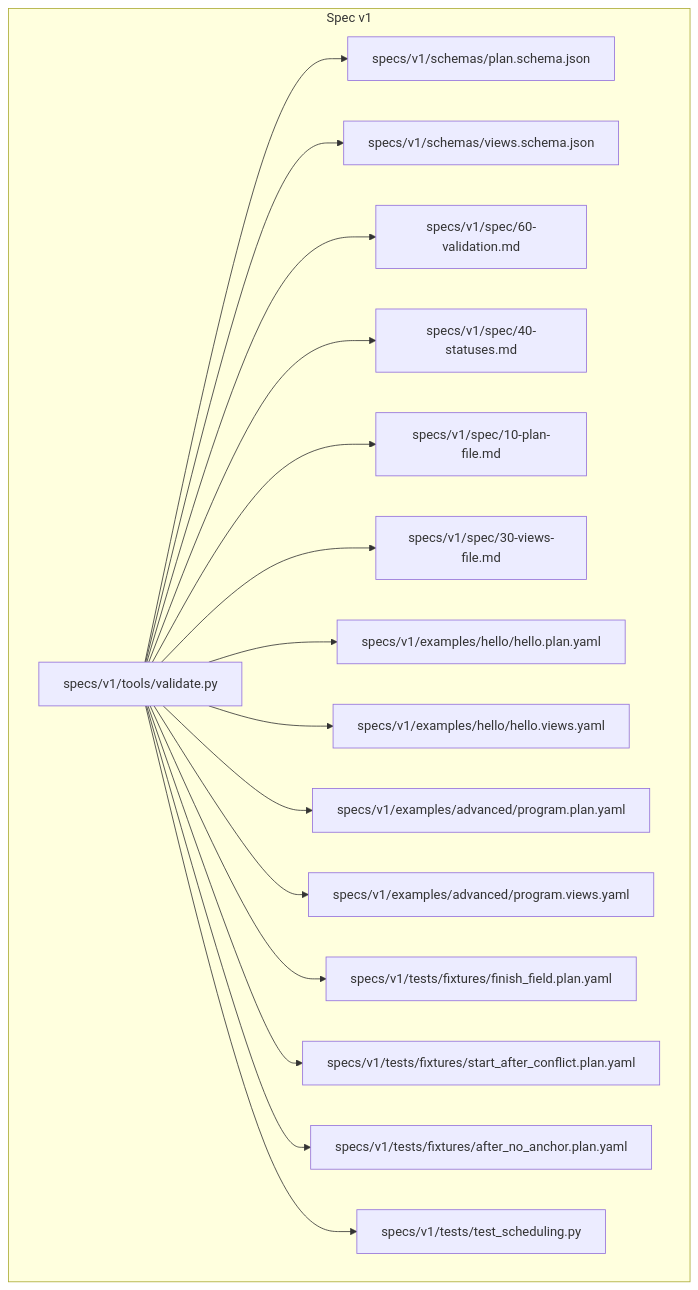
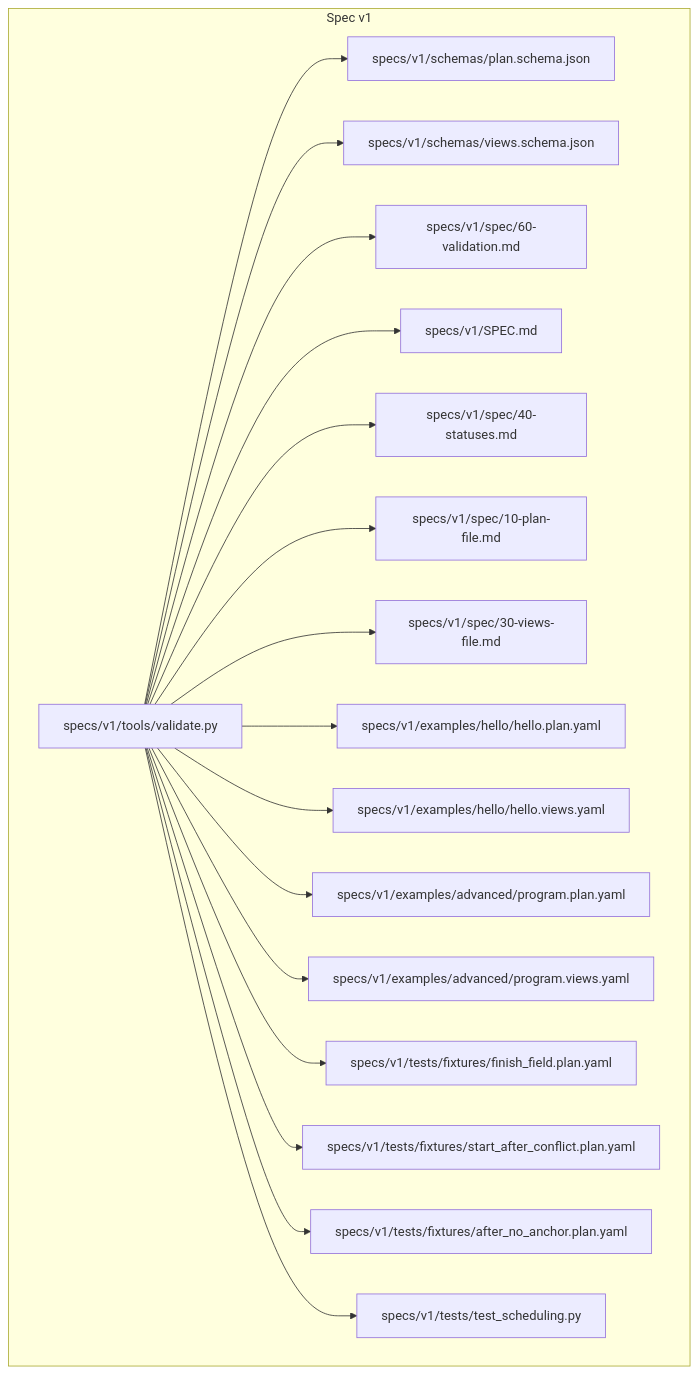
Before and after one commit to asukhodko/opskarta: the first of 3 diagrams in .qoder/repowiki/en/content/Tooling and Utilities/Validation System.md, drawn with Mermaid. The commit also changed other lines of this file and 4 other files, not shown here.

````diff
--- a/.qoder/repowiki/en/content/Tooling and Utilities/Validation System.md
+++ b/.qoder/repowiki/en/content/Tooling and Utilities/Validation System.md
@@ -60,34 +63,36 @@
 ```mermaid
 graph TB
 subgraph "Spec v1"
 V["specs/v1/tools/validate.py"]
 P["specs/v1/schemas/plan.schema.json"]
 W["specs/v1/schemas/views.schema.json"]
 S60["specs/v1/spec/60-validation.md"]
+SPEC["specs/v1/SPEC.md"]
 S40["specs/v1/spec/40-statuses.md"]
 S10["specs/v1/spec/10-plan-file.md"]
 S30["specs/v1/spec/30-views-file.md"]
 E_HELLO_P["specs/v1/examples/hello/hello.plan.yaml"]
 E_HELLO_V["specs/v1/examples/hello/hello.views.yaml"]
 E_ADV_P["specs/v1/examples/advanced/program.plan.yaml"]
 E_ADV_V["specs/v1/examples/advanced/program.views.yaml"]
 TF["specs/v1/tests/fixtures/finish_field.plan.yaml"]
 TSA["specs/v1/tests/fixtures/start_after_conflict.plan.yaml"]
 TAN["specs/v1/tests/fixtures/after_no_anchor.plan.yaml"]
 TS["specs/v1/tests/test_scheduling.py"]
 end
 V --> P
 V --> W
 V --> S60
+V --> SPEC
 V --> S40
 V --> S10
 V --> S30
 V --> E_HELLO_P
 V --> E_HELLO_V
 V --> E_ADV_P
 V --> E_ADV_V
 V --> TF
 V --> TSA
 V --> TAN
 V --> TS
 ```
````
